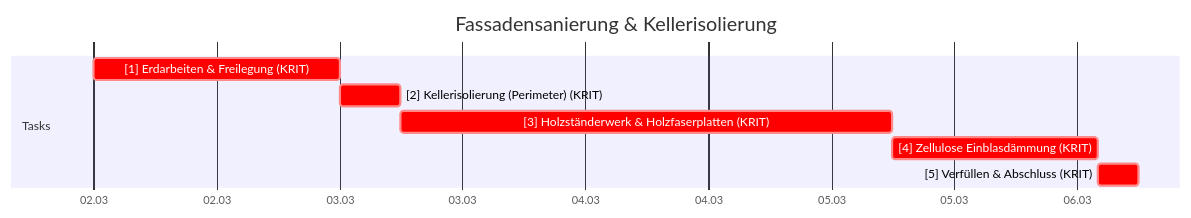
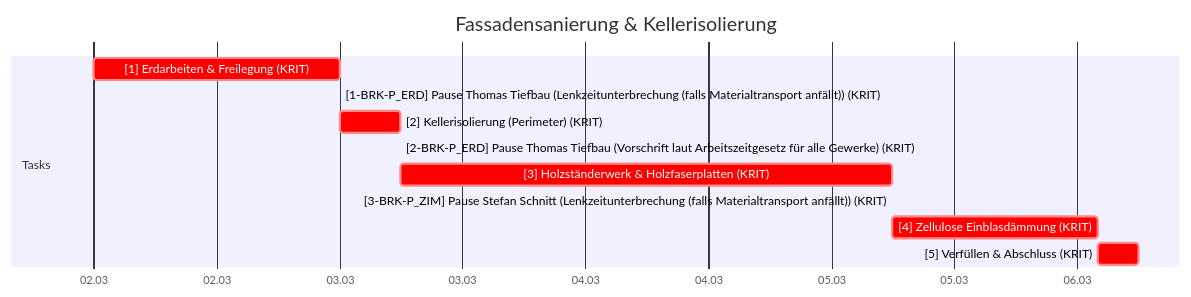
Before and after one commit to mistamichael/sproject: the second of 9 diagrams in tests/golden/fassadenbau.md, drawn with Mermaid. The commit also changed other lines of this file and 23 other files, not shown here.

````diff
--- a/tests/golden/fassadenbau.md
+++ b/tests/golden/fassadenbau.md
@@ -66,14 +78,17 @@
 ```mermaid
 gantt
     title Fassadensanierung & Kellerisolierung
     dateFormat  YYYY-MM-DD HH:mm
     axisFormat  %d.%m
 
     section Feiertage
     section Tasks
     [1] Erdarbeiten & Freilegung (KRIT) :crit, 2026-03-02 00:00, 2026-03-03 00:00
+    [1-BRK-P_ERD] Pause Thomas Tiefbau (Lenkzeitunterbrechung (falls Materialtransport anfällt)) (KRIT) :crit, 2026-03-03 00:00, 2026-03-03 00:00
     [2] Kellerisolierung (Perimeter) (KRIT) :crit, 2026-03-03 00:00, 2026-03-03 06:00
+    [2-BRK-P_ERD] Pause Thomas Tiefbau (Vorschrift laut Arbeitszeitgesetz für alle Gewerke) (KRIT) :crit, 2026-03-03 06:00, 2026-03-03 06:00
     [3] Holzständerwerk & Holzfaserplatten (KRIT) :crit, 2026-03-03 06:00, 2026-03-05 06:00
+    [3-BRK-P_ZIM] Pause Stefan Schnitt (Lenkzeitunterbrechung (falls Materialtransport anfällt)) (KRIT) :crit, 2026-03-05 06:00, 2026-03-05 06:00
     [4] Zellulose Einblasdämmung (KRIT) :crit, 2026-03-05 06:00, 2026-03-06 02:00
     [5] Verfüllen & Abschluss (KRIT) :crit, 2026-03-06 02:00, 2026-03-06 06:00
 ```
````
